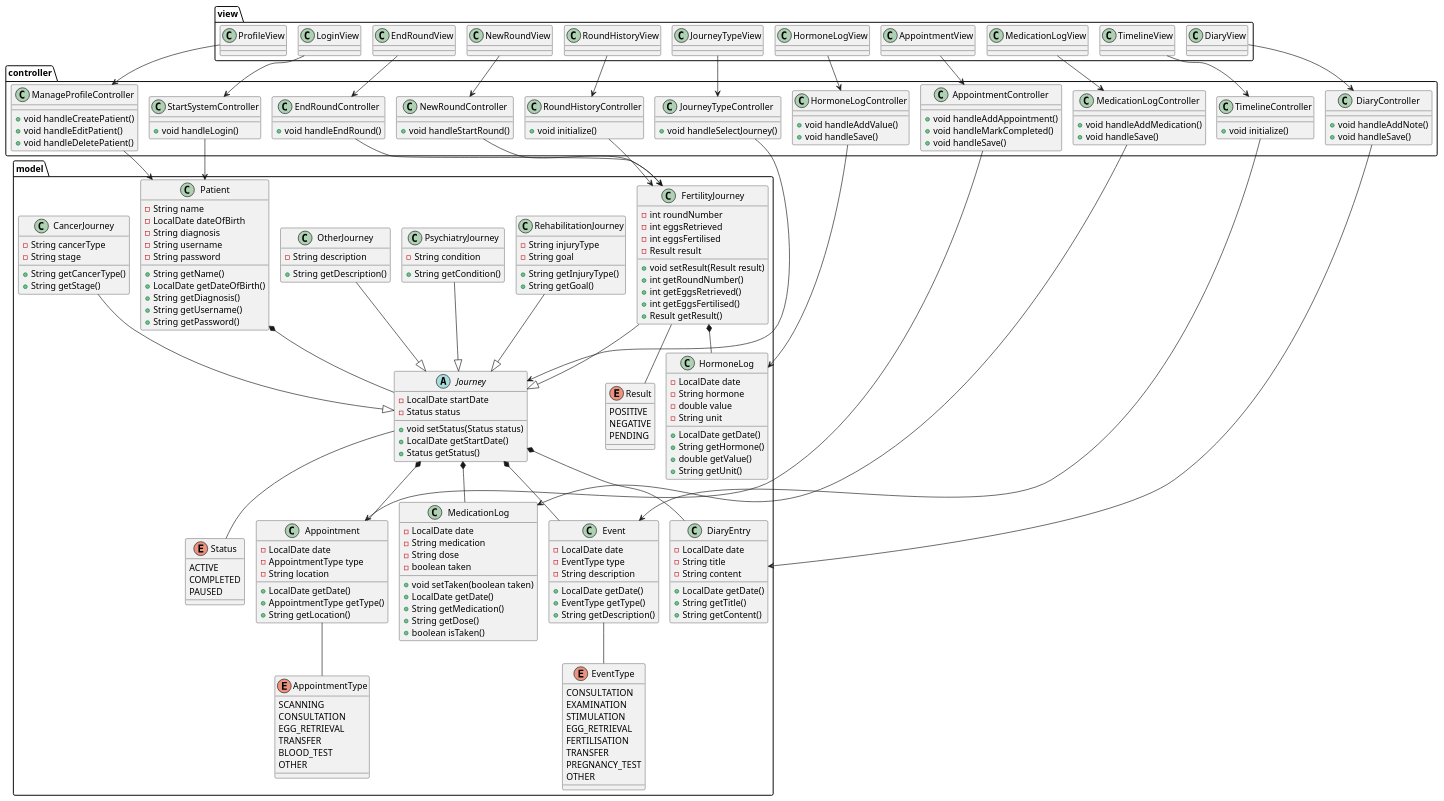
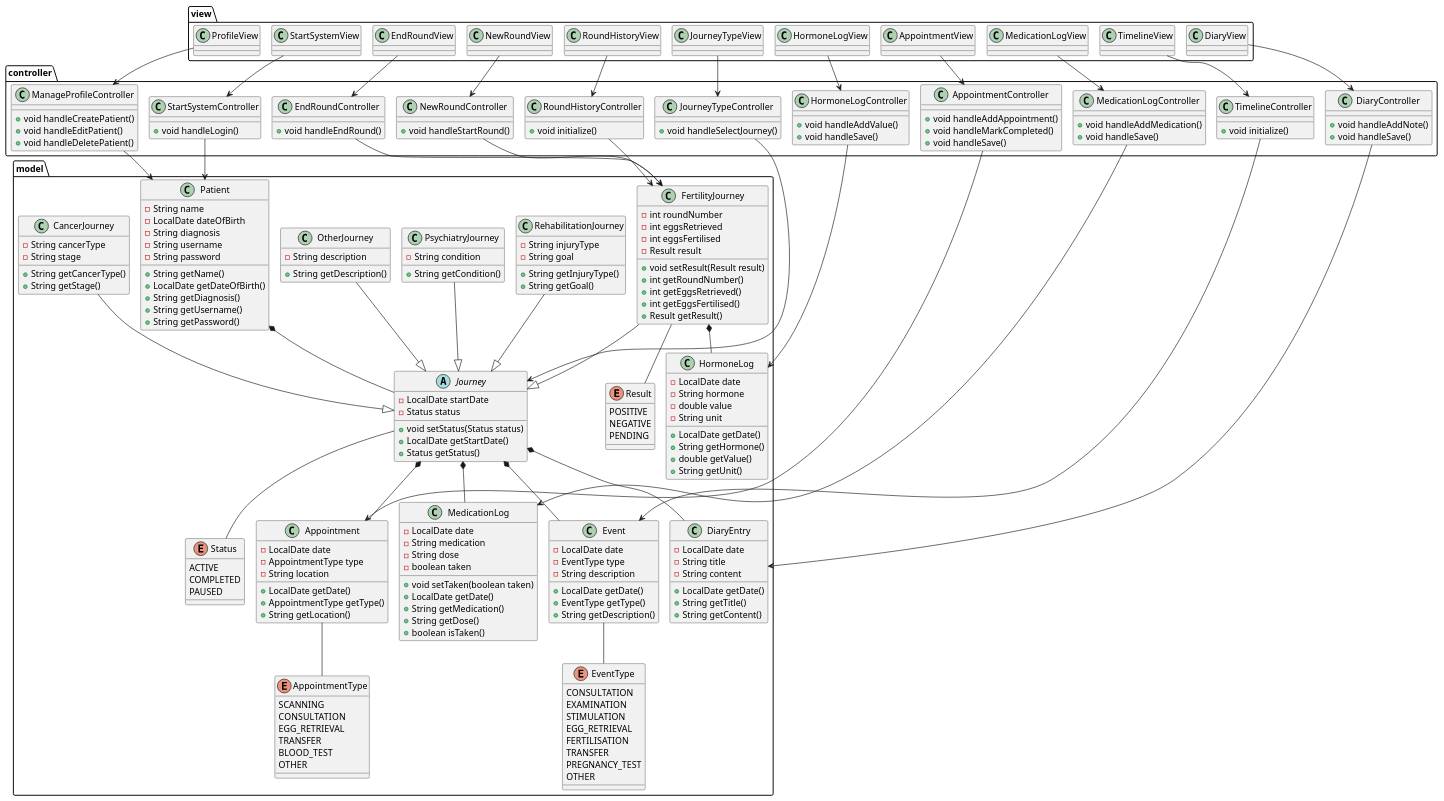
One commit to BesimaP/SP4---MiniSP changed the diagram in doc/static/Klassediagram3.puml. Above: the diagram before and after it, drawn with PlantUML. The commit also changed 1 other file, not shown here.

Commit message:
AppointmentController & NewRoundController er oprettet, klassediagram opdateret

```diff
--- a/doc/static/Klassediagram3.puml
+++ b/doc/static/Klassediagram3.puml
@@ -143,7 +143,7 @@
 }
 
 package "view" {
-  class LoginView
+  class StartSystemView
   class ProfileView
   class JourneyTypeView
   class NewRoundView
@@ -210,7 +210,7 @@
 }
 
 ' VIEW -> CONTROLLER
-LoginView --> StartSystemController
+StartSystemView --> StartSystemController
 ProfileView --> ManageProfileController
 JourneyTypeView --> JourneyTypeController
 NewRoundView --> NewRoundController
```
